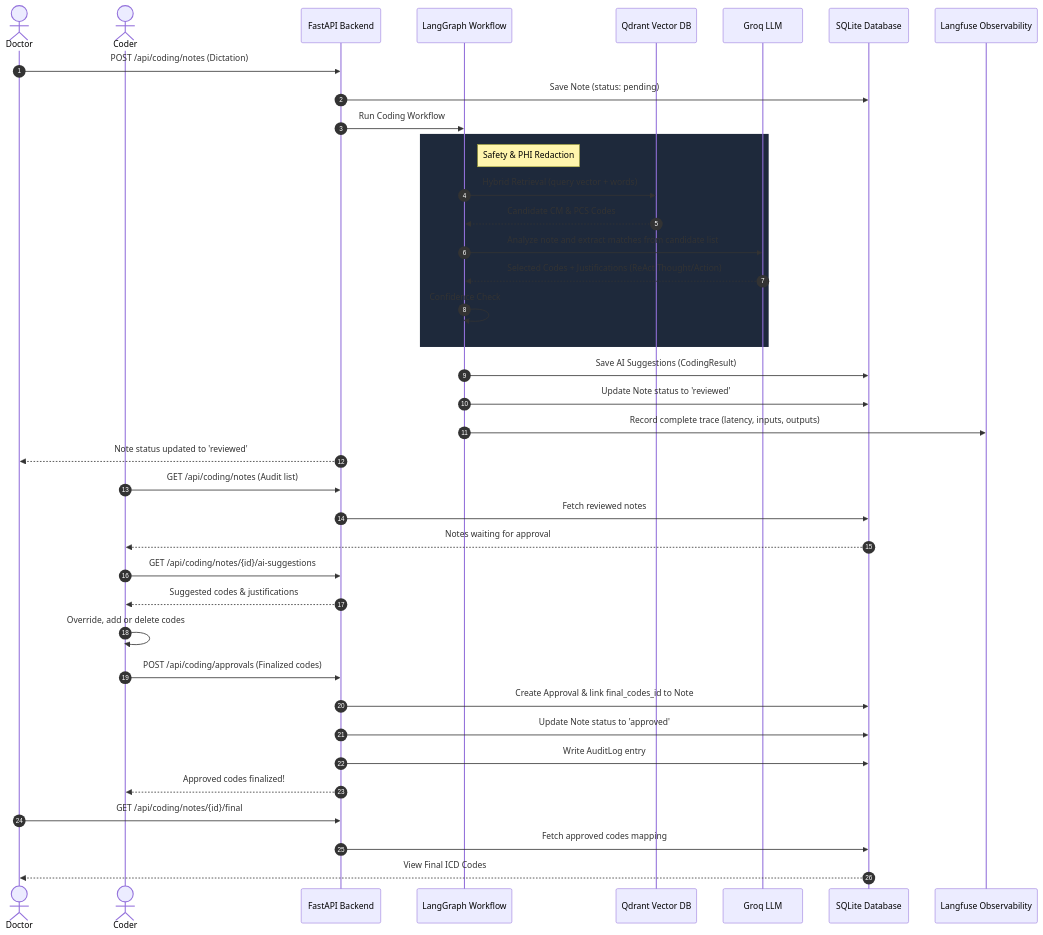
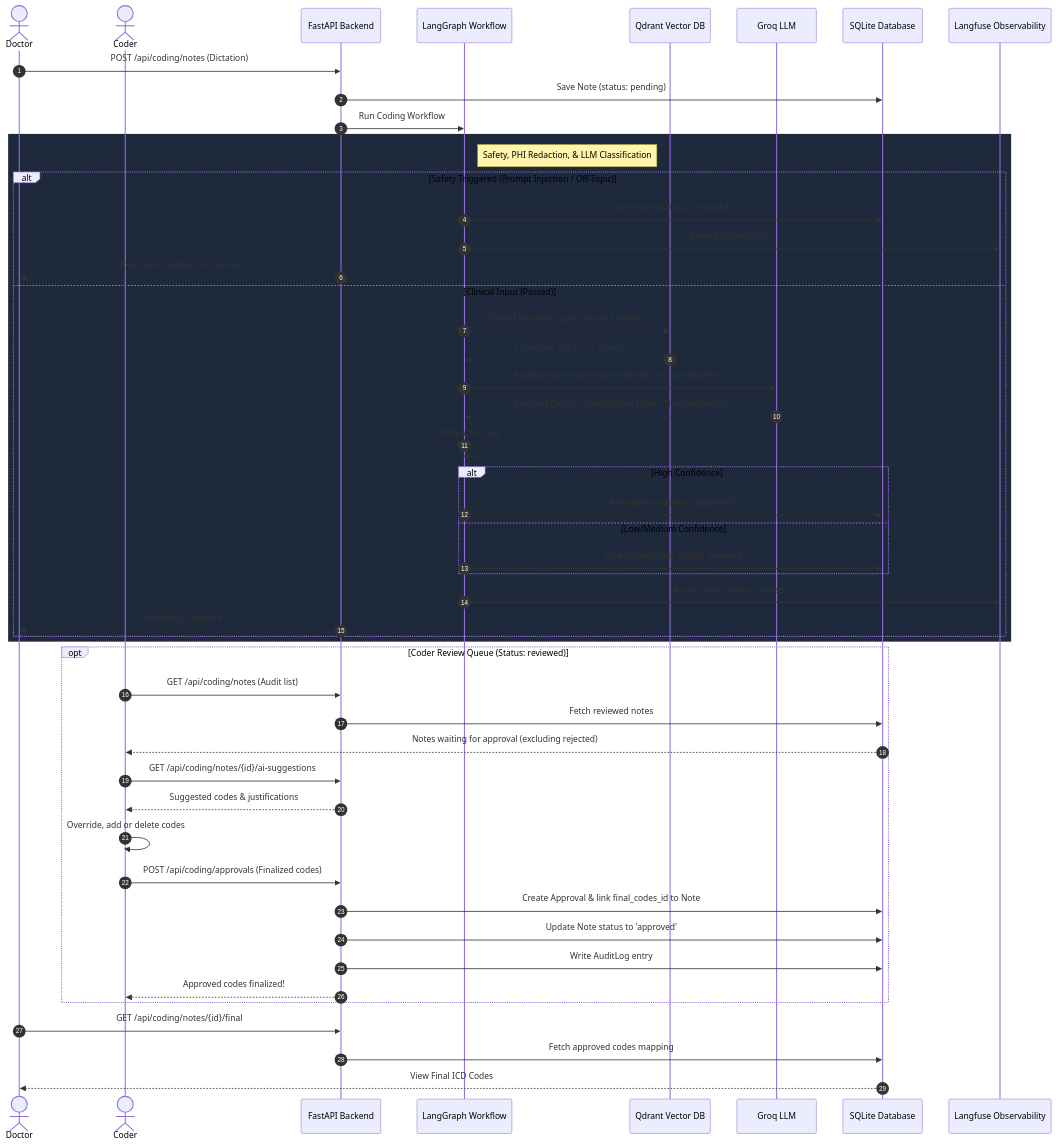
One commit to 2013techsmarts/ai-medical-coding changed the second of 2 diagrams in README.md. Above: the diagram before and after it, drawn with Mermaid. The commit also changed other lines of this file, not shown here.

Commit message:
update Mermaid architecture and sequence diagrams with safety reject routing

````diff
--- a/README.md
+++ b/README.md
@@ -26,44 +27,56 @@
 ```mermaid
 sequenceDiagram
     autonumber
     actor Doctor
     actor Coder
     participant API as FastAPI Backend
     participant Graph as LangGraph Workflow
     participant Qdrant as Qdrant Vector DB
     participant LLM as Groq LLM
     participant DB as SQLite Database
     participant LF as Langfuse Observability
     
     Doctor->>API: POST /api/coding/notes (Dictation)
     API->>DB: Save Note (status: pending)
     API->>Graph: Run Coding Workflow
+    
     rect rgb(30, 41, 59)
-        note right of Graph: Safety & PHI Redaction
-        Graph->>Qdrant: Hybrid Retrieval (query vector + words)
-        Qdrant-->>Graph: Candidate CM & PCS Codes
-        Graph->>LLM: Analyze note and extract matches from candidate list
-        LLM-->>Graph: Selected Codes + Justifications (ReAct Thought/Action)
-        Graph->>Graph: Confidence Check
+        note right of Graph: Safety, PHI Redaction, & LLM Classification
+        alt Safety Triggered (Prompt Injection / Off-Topic)
+            Graph->>DB: Save Note status as 'rejected'
+            Graph->>LF: Record blocked trace
+            API-->>Doctor: Note status updated to 'rejected'
+        else Clinical Input (Passed)
+            Graph->>Qdrant: Hybrid Retrieval (query vector + words)
+            Qdrant-->>Graph: Candidate CM & PCS Codes
+            Graph->>LLM: Analyze note and extract matches from candidate list
+            LLM-->>Graph: Selected Codes + Justifications (ReAct Thought/Action)
+            Graph->>Graph: Confidence Check
+            alt High Confidence
+                Graph->>DB: Auto-Approve (status: approved)
+            else Low/Medium Confidence
+                Graph->>DB: Save Suggestions, status: reviewed
+            end
+            Graph->>LF: Record trace (latency, tokens)
+            API-->>Doctor: Note status updated
+        end
     end
-    Graph->>DB: Save AI Suggestions (CodingResult)
-    Graph->>DB: Update Note status to 'reviewed'
-    Graph->>LF: Record complete trace (latency, inputs, outputs)
-    API-->>Doctor: Note status updated to 'reviewed'
     
-    Coder->>API: GET /api/coding/notes (Audit list)
-    API->>DB: Fetch reviewed notes
-    DB-->>Coder: Notes waiting for approval
-    Coder->>API: GET /api/coding/notes/{id}/ai-suggestions
-    API-->>Coder: Suggested codes & justifications
-    Coder->>Coder: Override, add or delete codes
-    Coder->>API: POST /api/coding/approvals (Finalized codes)
-    API->>DB: Create Approval & link final_codes_id to Note
-    API->>DB: Update Note status to 'approved'
-    API->>DB: Write AuditLog entry
-    API-->>Coder: Approved codes finalized!
+    opt Coder Review Queue (Status: reviewed)
+        Coder->>API: GET /api/coding/notes (Audit list)
+        API->>DB: Fetch reviewed notes
+        DB-->>Coder: Notes waiting for approval (excluding rejected)
+        Coder->>API: GET /api/coding/notes/{id}/ai-suggestions
+        API-->>Coder: Suggested codes & justifications
+        Coder->>Coder: Override, add or delete codes
+        Coder->>API: POST /api/coding/approvals (Finalized codes)
+        API->>DB: Create Approval & link final_codes_id to Note
+        API->>DB: Update Note status to 'approved'
+        API->>DB: Write AuditLog entry
+        API-->>Coder: Approved codes finalized!
+    end
     
     Doctor->>API: GET /api/coding/notes/{id}/final
     API->>DB: Fetch approved codes mapping
     DB-->>Doctor: View Final ICD Codes
 ```
````
